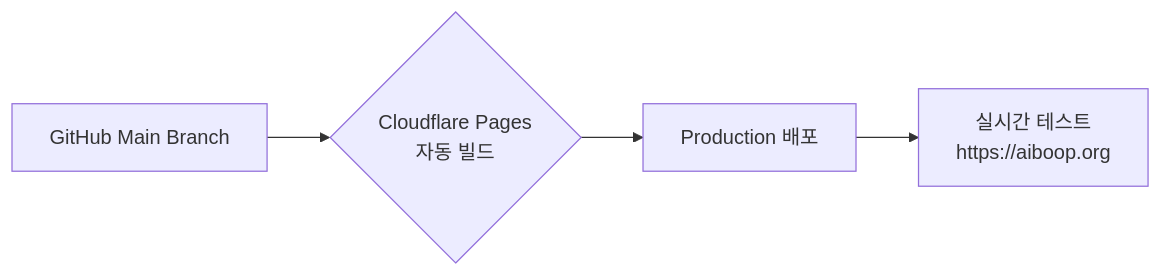
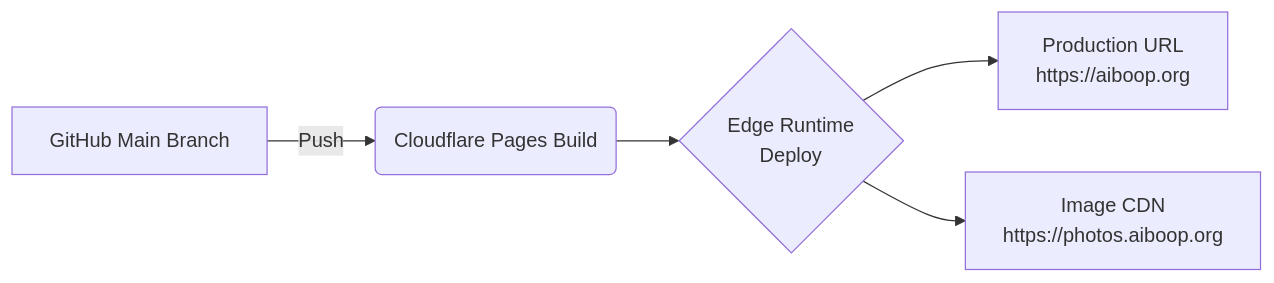
The diagram in SPEC.md (aiandyou50/iluli-blind-date), drawn with Mermaid before and after one commit. The commit also changed other lines of this file and 9 other files, not shown here.

````diff
--- a/SPEC.md
+++ b/SPEC.md
@@ -239,6 +46,7 @@
 ```mermaid
 graph LR
-  A[GitHub Main Branch] --> B{Cloudflare Pages<br/>자동 빌드}
-  B --> C[Production 배포]
-  C --> D[실시간 테스트<br/>https://aiboop.org]
+  A[GitHub Main Branch] -->|Push| B(Cloudflare Pages Build)
+  B --> C{Edge Runtime<br/>Deploy}
+  C --> D[Production URL<br/>https://aiboop.org]
+  C --> E[Image CDN<br/>https://photos.aiboop.org]
 ```
````
